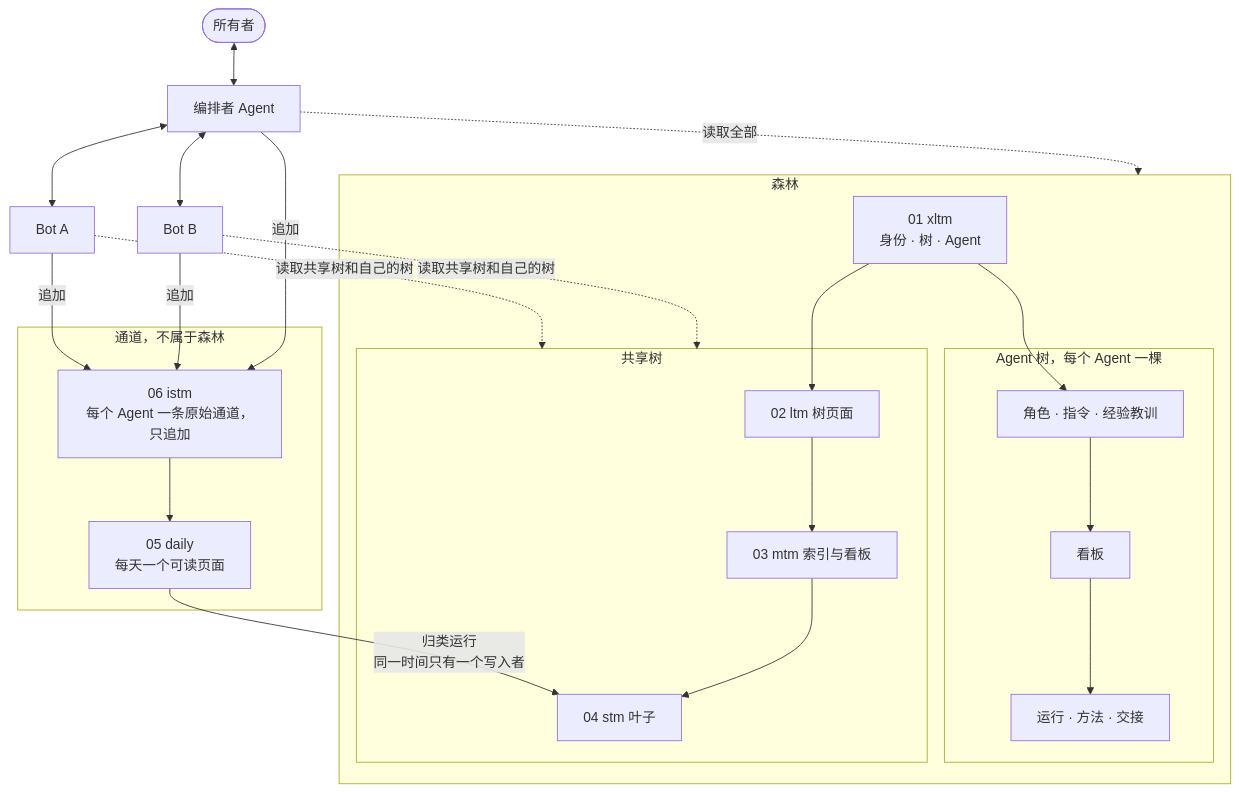
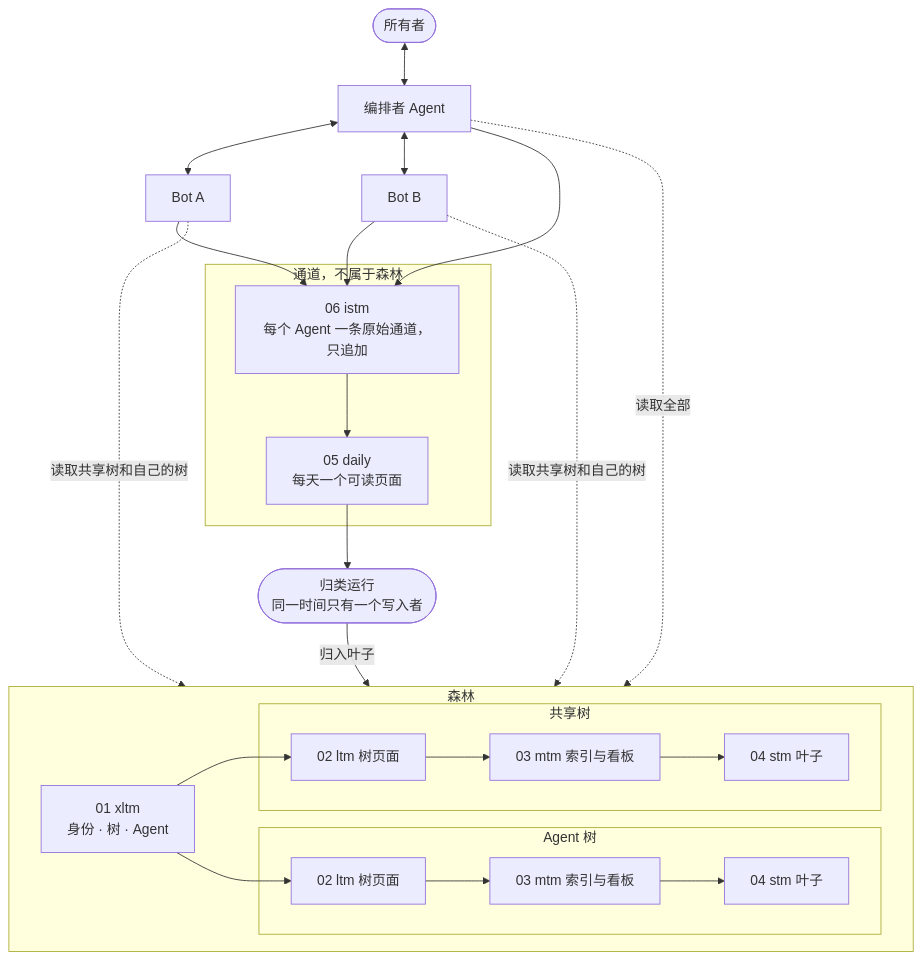
One commit to agent-memory-atlas-archive/hyungchulc--agent-memory-forest changed the first of 2 diagrams in README.zh-CN.md. Above: the diagram before and after it, drawn with Mermaid. The commit also changed other lines of this file and 11 other files, not shown here.

````diff
--- a/README.zh-CN.md
+++ b/README.zh-CN.md
@@ -152,34 +152,35 @@
 ```mermaid
 flowchart TB
     owner(["所有者"]) <--> hub["编排者 Agent"]
     hub <--> botA["Bot A"]
     hub <--> botB["Bot B"]
 
     subgraph lanes ["通道，不属于森林"]
         istm["06 istm<br/>每个 Agent 一条原始通道，只追加"]
         daily["05 daily<br/>每天一个可读页面"]
         istm --> daily
     end
 
-    hub -- "追加" --> istm
-    botA -- "追加" --> istm
-    botB -- "追加" --> istm
+    hub --> istm
+    botA --> istm
+    botB --> istm
 
-    daily -- "归类运行<br/>同一时间只有一个写入者" --> stm
+    daily --> filing(["归类运行<br/>同一时间只有一个写入者"])
+    filing -- "归入叶子" --> forest
 
     subgraph forest ["森林"]
         xltm["01 xltm<br/>身份 · 树 · Agent"]
+        subgraph own ["Agent 树"]
+            altm["02 ltm 树页面"] --> amtm["03 mtm 索引与看板"] --> astm["04 stm 叶子"]
+        end
         subgraph shared ["共享树"]
             ltm["02 ltm 树页面"] --> mtm["03 mtm 索引与看板"] --> stm["04 stm 叶子"]
-        end
-        subgraph own ["Agent 树，每个 Agent 一棵"]
-            altm["角色 · 指令 · 经验教训"] --> amtm["看板"] --> astm["运行 · 方法 · 交接"]
         end
         xltm --> ltm
         xltm --> altm
     end
 
     hub -. "读取全部" .-> forest
-    botA -. "读取共享树和自己的树" .-> shared
-    botB -. "读取共享树和自己的树" .-> shared
+    botA -. "读取共享树和自己的树" .-> forest
+    botB -. "读取共享树和自己的树" .-> forest
 ```
````
